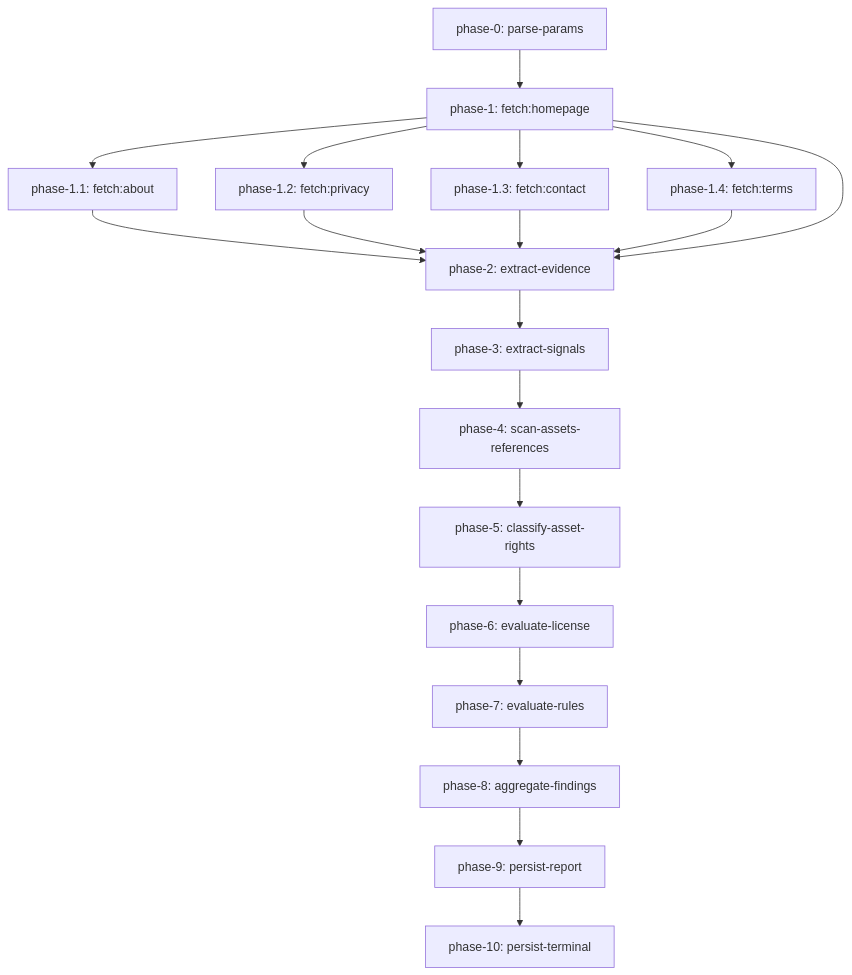
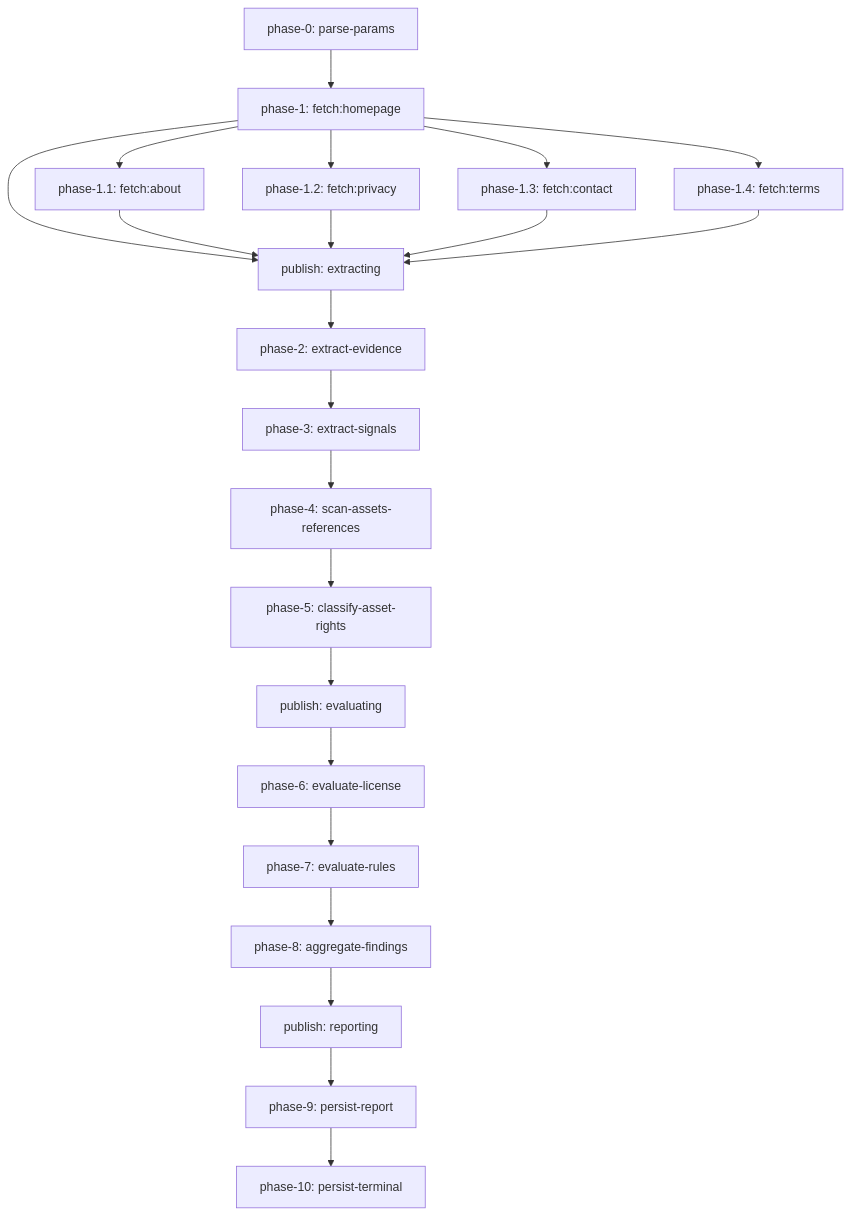
The diagram in docs/workflow-steps.en.md (meesudzu/safelaunch), drawn with Mermaid before and after one commit. The commit also changed other lines of this file and 9 other files, not shown here.

````diff
--- a/docs/workflow-steps.en.md
+++ b/docs/workflow-steps.en.md
@@ -28,21 +28,24 @@
 ```mermaid
 flowchart TD
   P[phase-0: parse-params] --> H[phase-1: fetch:homepage]
   H --> A[phase-1.1: fetch:about]
   H --> PR[phase-1.2: fetch:privacy]
   H --> C[phase-1.3: fetch:contact]
   H --> T[phase-1.4: fetch:terms]
-  A --> E2[phase-2: extract-evidence]
-  PR --> E2
-  C --> E2
-  T --> E2
-  H --> E2
+  H --> PUBX[publish: extracting]
+  A --> PUBX
+  PR --> PUBX
+  C --> PUBX
+  T --> PUBX
+  PUBX --> E2[phase-2: extract-evidence]
   E2 --> E3[phase-3: extract-signals]
   E3 --> E4[phase-4: scan-assets-references]
   E4 --> E5[phase-5: classify-asset-rights]
-  E5 --> E6[phase-6: evaluate-license]
+  E5 --> PUBY[publish: evaluating]
+  PUBY --> E6[phase-6: evaluate-license]
   E6 --> E7[phase-7: evaluate-rules]
   E7 --> E8[phase-8: aggregate-findings]
-  E8 --> E9[phase-9: persist-report]
+  E8 --> PUBD[publish: reporting]
+  PUBD --> E9[phase-9: persist-report]
   E9 --> E10[phase-10: persist-terminal]
 ```
````
